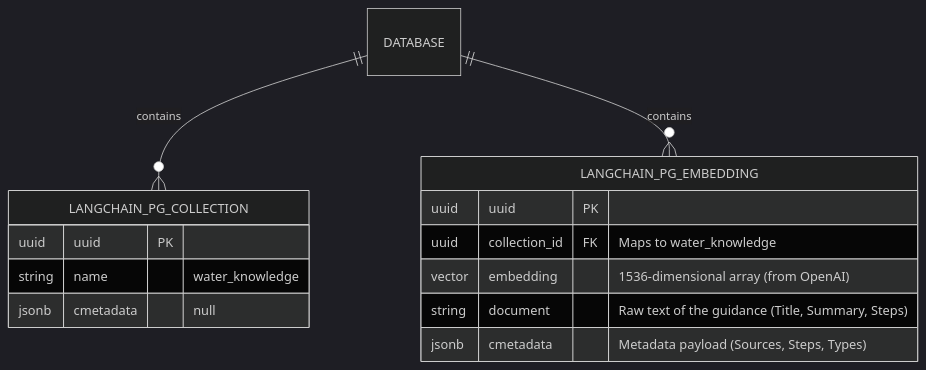
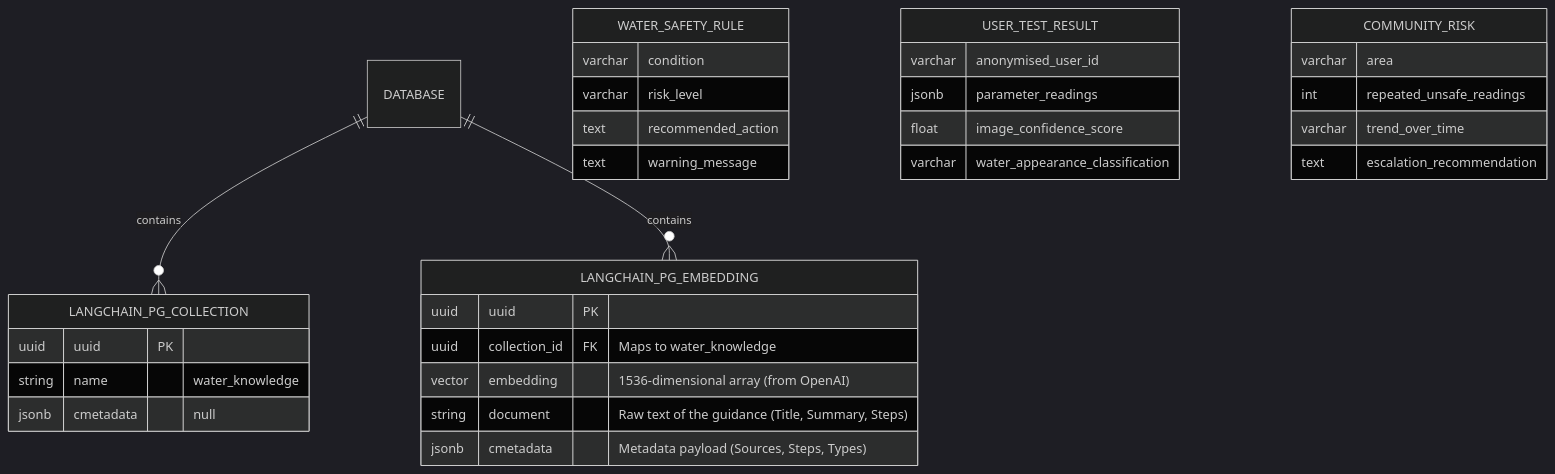
The fourth of 4 diagrams in README.md (darrendariustan/soar-water-quality-copilot), drawn with Mermaid (dark theme) before and after one commit. The commit also changed other lines of this file, not shown here.

````diff
--- a/README.md
+++ b/README.md
@@ -151,20 +130,41 @@
 ```mermaid
 erDiagram
-    %% The main PostgreSQL Database Container
+    %% The main PostgreSQL Database
     DATABASE ||--o{ LANGCHAIN_PG_COLLECTION : contains
     DATABASE ||--o{ LANGCHAIN_PG_EMBEDDING : contains
 
     LANGCHAIN_PG_COLLECTION {
         uuid uuid PK
         string name "water_knowledge"
         jsonb cmetadata "null"
     }
 
     LANGCHAIN_PG_EMBEDDING {
         uuid uuid PK
         uuid collection_id FK "Maps to water_knowledge"
         vector embedding "1536-dimensional array (from OpenAI)"
         string document "Raw text of the guidance (Title, Summary, Steps)"
         jsonb cmetadata "Metadata payload (Sources, Steps, Types)"
     }
+    
+    WATER_SAFETY_RULE {
+        varchar condition
+        varchar risk_level
+        text recommended_action
+        text warning_message
+    }
+    
+    USER_TEST_RESULT {
+        varchar anonymised_user_id
+        jsonb parameter_readings
+        float image_confidence_score
+        varchar water_appearance_classification
+    }
+    
+    COMMUNITY_RISK {
+        varchar area
+        int repeated_unsafe_readings
+        varchar trend_over_time
+        text escalation_recommendation
+    }
 ```
````
